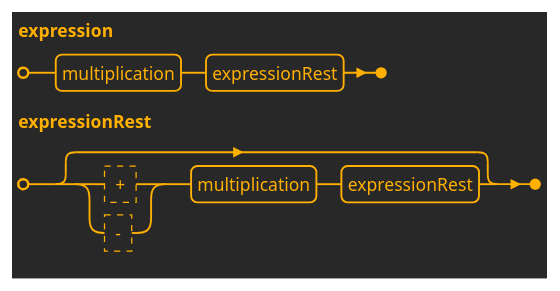
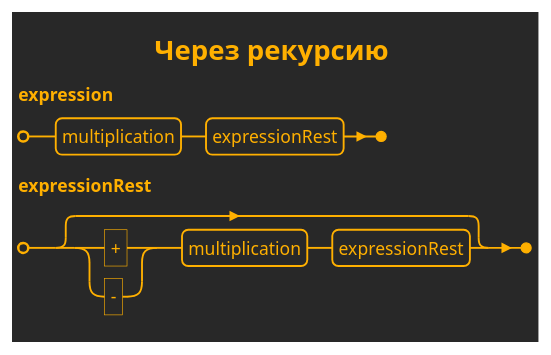
Before and after one commit to realsonic/MURQ: the sixth of 10 diagrams in Domain/MURQ.Domain/URQL/docs/URQL Lines Syntax.md, drawn with PlantUML. The commit also changed other lines of this file and 6 other files, not shown here.

````diff
--- a/Domain/MURQ.Domain/URQL/docs/URQL Lines Syntax.md
+++ b/Domain/MURQ.Domain/URQL/docs/URQL Lines Syntax.md
@@ -112,7 +126,10 @@
 ```plantuml
-@startebnf joinedStatements
+@startebnf Адаптация expression через рекурсию
 !theme crt-amber
+
+title Через рекурсию
+
 expression = multiplication, expressionRest;
-expressionRest = [ (? + ? | ? - ?), multiplication, expressionRest] ;
+expressionRest = [ ('+' | '-'), multiplication, expressionRest] ;
 @endebnf
 ```
````
